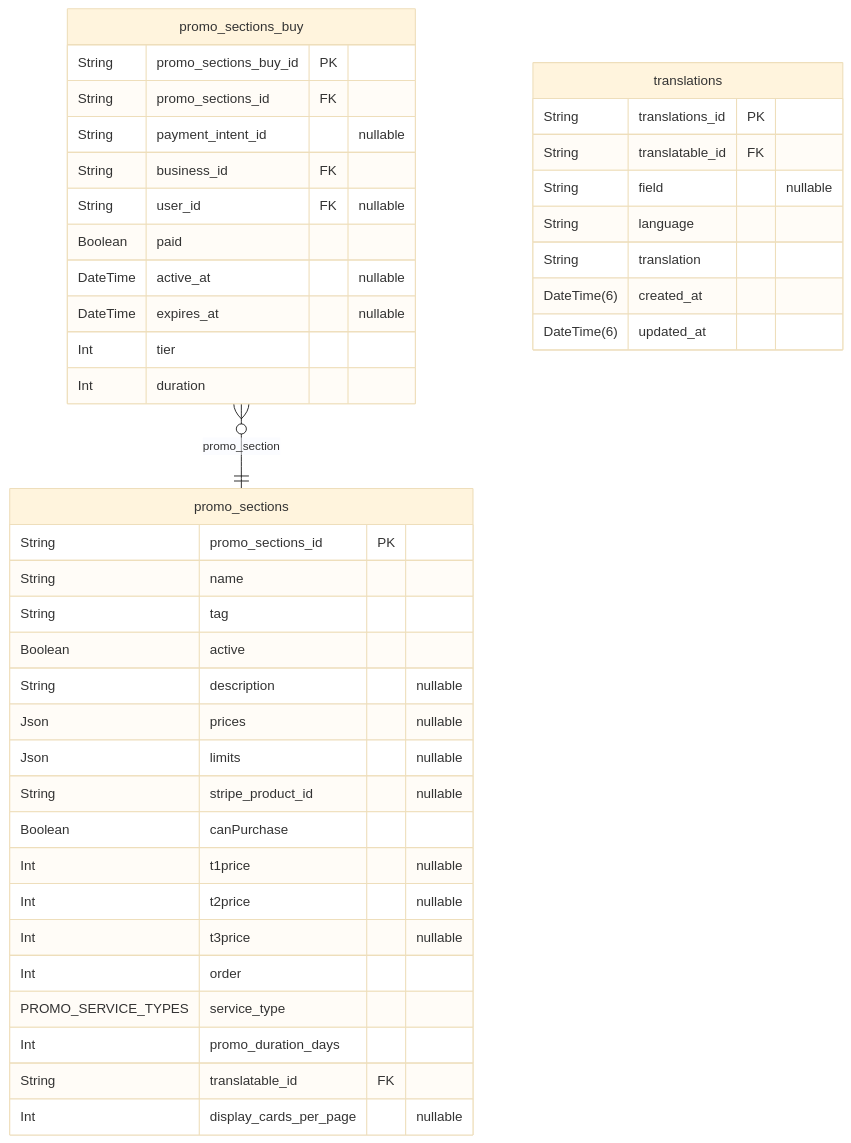
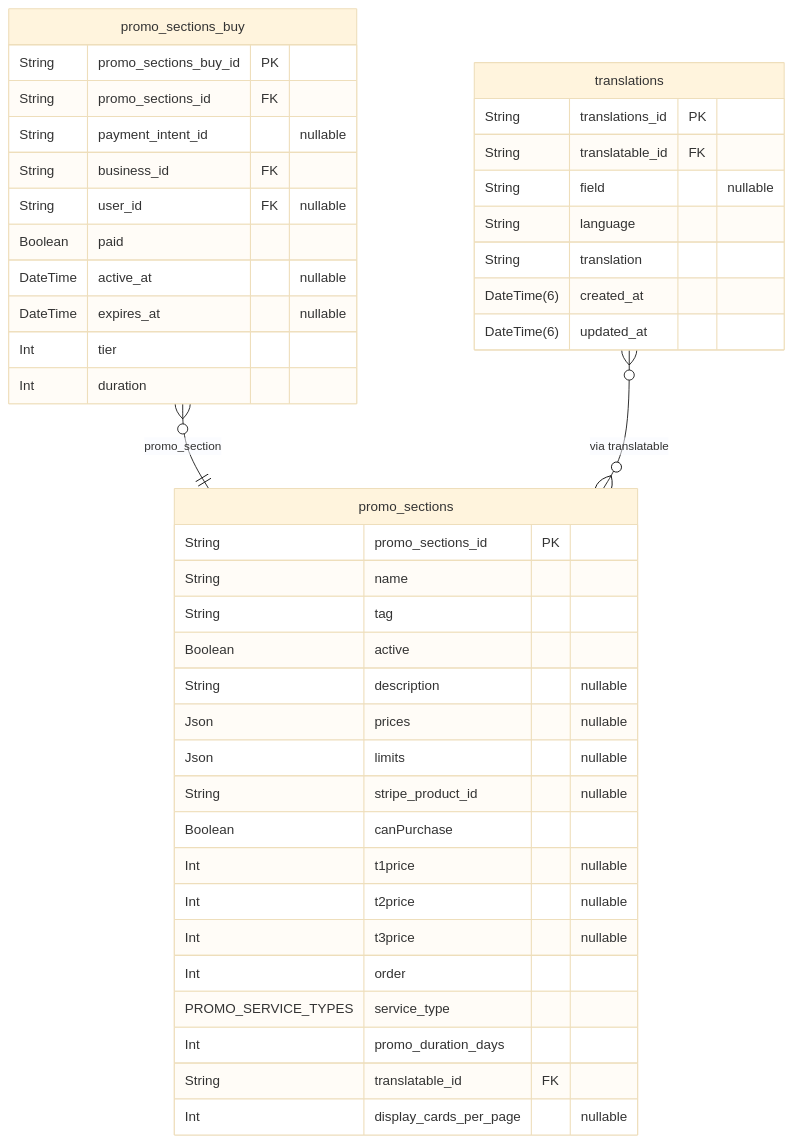
The tenth of 37 diagrams in prisma/schemas/ERD.md (pbozic/be-analyisis), drawn with Mermaid (base theme) before and after one commit. The commit also changed other lines of this file and 6 other files, not shown here.

Commit message:
feature: update to ERD generation with post-processing function

````diff
--- a/prisma/schemas/ERD.md
+++ b/prisma/schemas/ERD.md
@@ -2670,44 +2826,46 @@
 ```mermaid
 erDiagram
 "promo_sections" {
   String promo_sections_id PK
   String name
   String tag
   Boolean active
   String description "nullable"
   Json prices "nullable"
   Json limits "nullable"
   String stripe_product_id "nullable"
   Boolean canPurchase
   Int t1price "nullable"
   Int t2price "nullable"
   Int t3price "nullable"
   Int order
   PROMO_SERVICE_TYPES service_type
   Int promo_duration_days
   String translatable_id FK
   Int display_cards_per_page "nullable"
 }
 "promo_sections_buy" {
   String promo_sections_buy_id PK
   String promo_sections_id FK
   String payment_intent_id "nullable"
   String business_id FK
   String user_id FK "nullable"
   Boolean paid
   DateTime active_at "nullable"
   DateTime expires_at "nullable"
   Int tier
   Int duration
 }
 "translations" {
   String translations_id PK
   String translatable_id FK
   String field "nullable"
   String language
   String translation
   DateTime(6) created_at
   DateTime(6) updated_at
 }
 "promo_sections_buy" }o--|| "promo_sections" : promo_section
+
+"translations" }o--o{ "promo_sections" : "via translatable"
 ```
````
